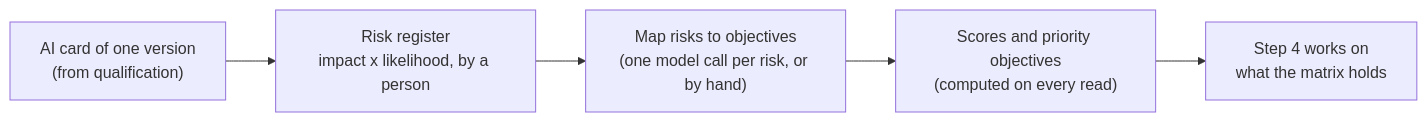
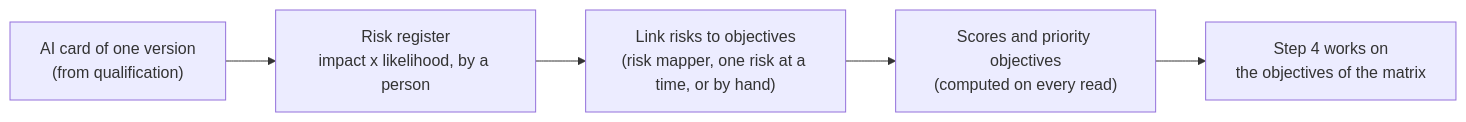
The diagram in README.md (lux-ai-factory/aisc-control-objectives), drawn with Mermaid before and after one commit. The commit also changed other lines of this file, not shown here.

Commit message:
Documentation: what this module is, how to run it, and its reference, consistent with the AISC architecture document

````diff
--- a/README.md
+++ b/README.md
@@ -25,7 +32,7 @@
 ```mermaid
 flowchart LR
     A["AI card of one version<br/>(from qualification)"] --> B["Risk register<br/>impact x likelihood, by a person"]
-    B --> C["Map risks to objectives<br/>(one model call per risk, or by hand)"]
+    B --> C["Link risks to objectives<br/>(risk mapper, one risk at a time, or by hand)"]
     C --> D["Scores and priority objectives<br/>(computed on every read)"]
-    D --> E["Step 4 works on<br/>what the matrix holds"]
+    D --> E["Step 4 works on<br/>the objectives of the matrix"]
 ```
````
